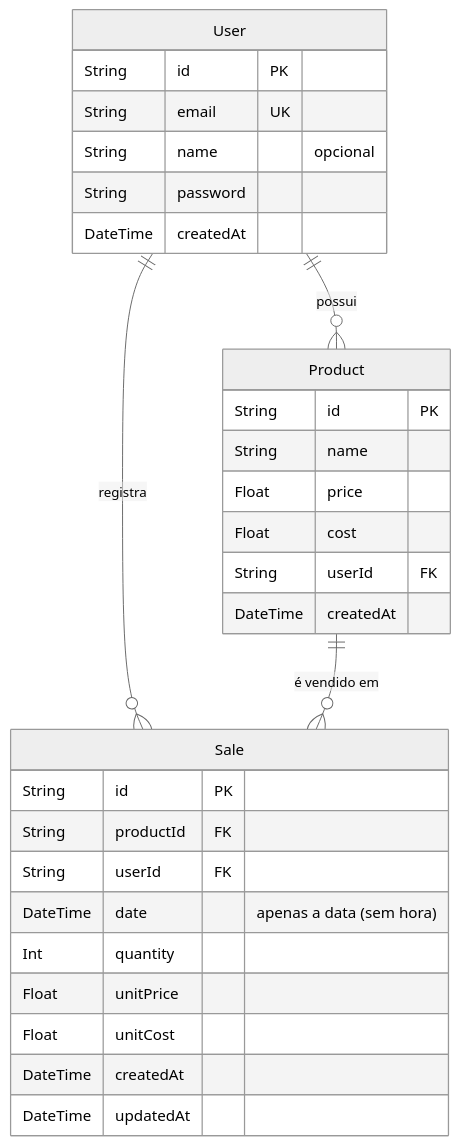
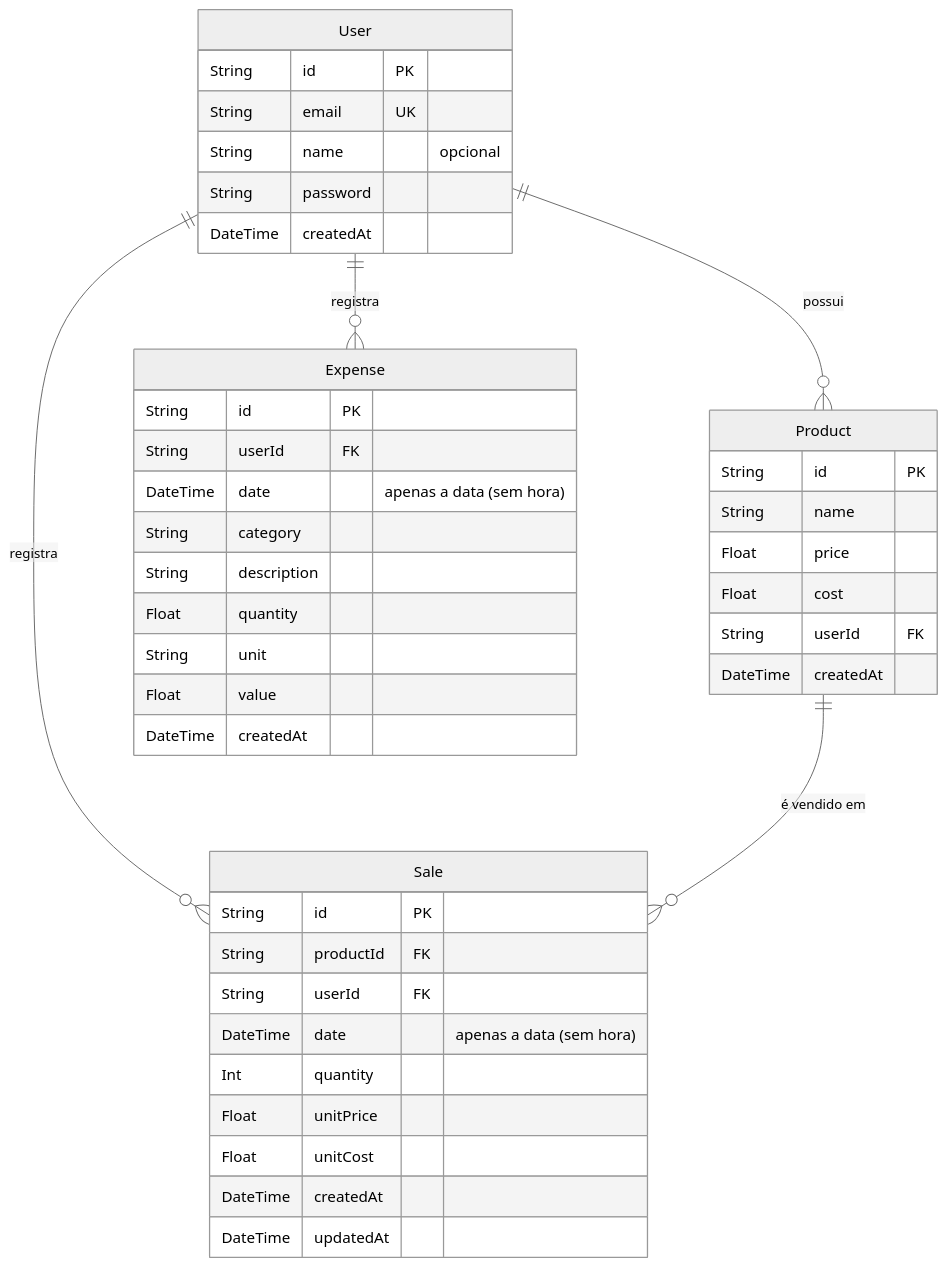
The second of 3 diagrams in README.md (fSantosLima/tico-lanches), drawn with Mermaid (neutral theme) before and after one commit. The commit also changed other lines of this file and 3 other files, not shown here.

````diff
--- a/README.md
+++ b/README.md
@@ -104,33 +106,45 @@
 ```mermaid
 erDiagram
     User {
         String id PK
         String email UK
         String name "opcional"
         String password
         DateTime createdAt
     }
     Product {
         String id PK
         String name
         Float price
         Float cost
         String userId FK
         DateTime createdAt
     }
     Sale {
         String id PK
         String productId FK
         String userId FK
         DateTime date "apenas a data (sem hora)"
         Int quantity
         Float unitPrice
         Float unitCost
         DateTime createdAt
         DateTime updatedAt
     }
+    Expense {
+        String id PK
+        String userId FK
+        DateTime date "apenas a data (sem hora)"
+        String category
+        String description
+        Float quantity
+        String unit
+        Float value
+        DateTime createdAt
+    }
 
     User ||--o{ Product : "possui"
     User ||--o{ Sale : "registra"
+    User ||--o{ Expense : "registra"
     Product ||--o{ Sale : "é vendido em"
 ```
````
